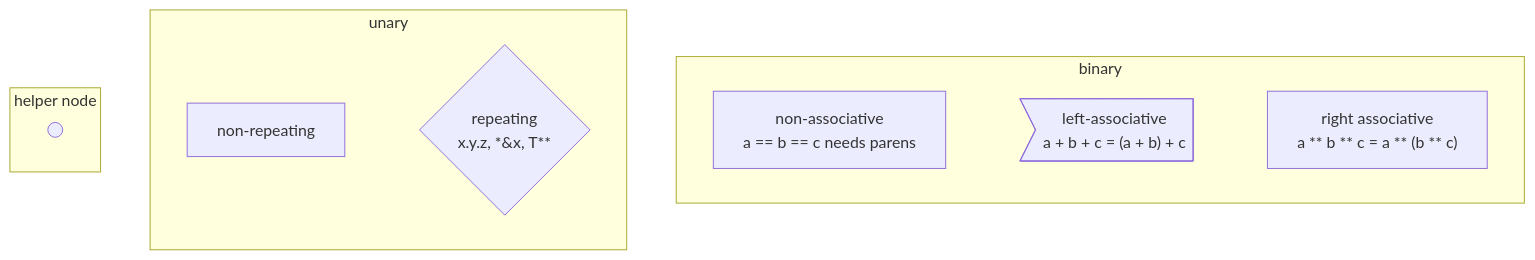
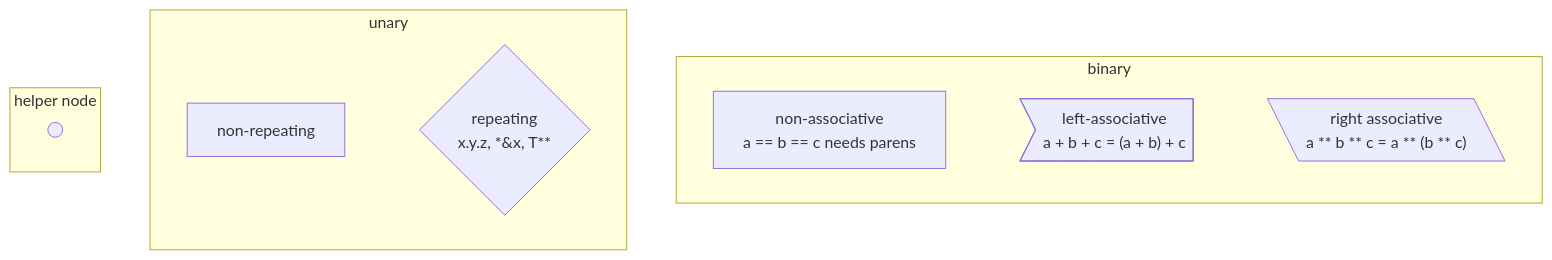
The fifth of 5 diagrams in 6 .../2 Unfinished Ideas.md (laro/Cilia), drawn with Mermaid before and after one commit.

Commit message:
Update 2 Unfinished Ideas.md

````diff
--- a/6 .../2 Unfinished Ideas.md
+++ b/6 .../2 Unfinished Ideas.md
@@ -389,31 +389,31 @@
 ```mermaid
 %%{init: {'themeVariables': {'fontFamily': 'monospace'}}}%%
 graph TB
     subgraph binary
         direction LR
 
         nonAssociative["non-associative
         a == b == c needs parens"]
 
         leftAssociative>"left-associative
         a + b + c = (a + b) + c"]
 
-        rightAssociative["right associative
-        a ** b ** c = a ** (b ** c)"]
+        rightAssociative[\"right associative
+        a ** b ** c = a ** (b ** c)"\]
 
         nonAssociative ~~~ leftAssociative ~~~ rightAssociative
     end
     subgraph unary
         direction LR
 
         nonRepeating["non-repeating"]
 
         repeating{"repeating
         x.y.z, *&x, T**"}
 
         nonRepeating ~~~ repeating
     end
     subgraph helper node
         circle((" "))
     end
 ```
````
